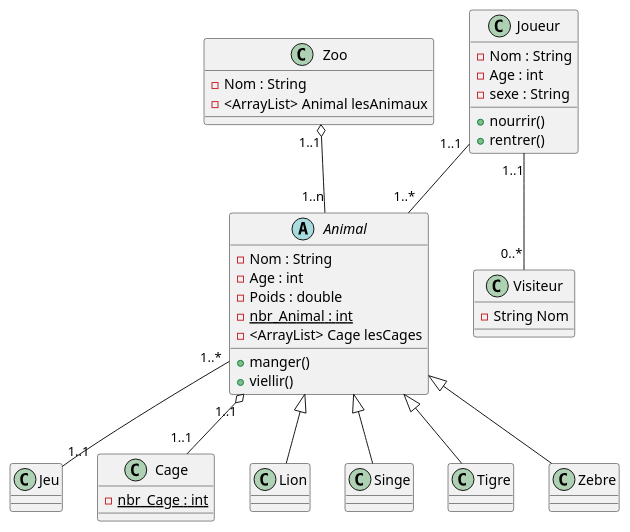
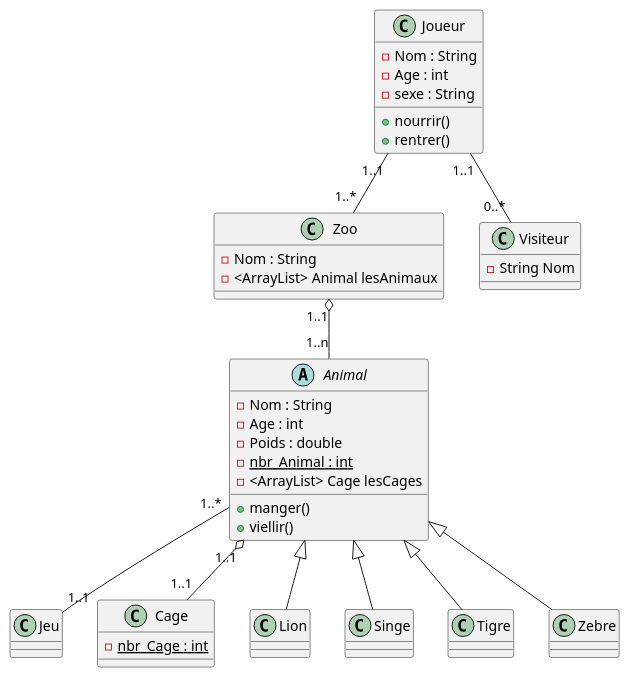
One commit to Idricealy/JeuZoo changed the diagram in src/doc/DiagramdeClasseDomaine.md. Above: the diagram before and after it, drawn with PlantUML. The commit also changed 2 other files, not shown here.

Commit message:
Merge branch 'master' of https://github.com/Idricealy/JeuZoo.git

```diff
--- a/src/doc/DiagramdeClasseDomaine.md
+++ b/src/doc/DiagramdeClasseDomaine.md
@@ -1,59 +1,59 @@
 @startuml
 
 class Zoo {
 -Nom : String 
 -<ArrayList> Animal lesAnimaux
 
 
 }
 abstract class Animal{
 -Nom : String 
 -Age : int 
 -Poids : double
 -{static} nbr_Animal : int
 -<ArrayList> Cage lesCages
 +manger()
 +viellir()
 }
 Class Joueur{    
 -Nom : String 
 -Age : int 
 -sexe : String
 +nourrir()
 +rentrer()
 }
 class Jeu{
 }
 class Cage{
 -{static} nbr_Cage : int 
-}
+} 
 class Visiteur{
 -String Nom
 }
 class Lion{
 
 }
 class Singe{
 
 }
 class Tigre{
 
 }
 class Zebre{
 
 }
 
 Animal <|-- Lion
 Animal <|-- Singe
 Animal <|-- Tigre
 Animal <|-- Zebre
 Zoo "1..1" o-- "1..n" Animal
 
 Animal "1..1" o-- "1..1" Cage
 
 Joueur "1..1" -- "0..*" Visiteur
-Joueur "1..1" -- "1..*" Animal
+Joueur "1..1" -- "1..*" Zoo
 
 Animal "1..*" -- "1..1" Jeu
 
 @enduml
```
